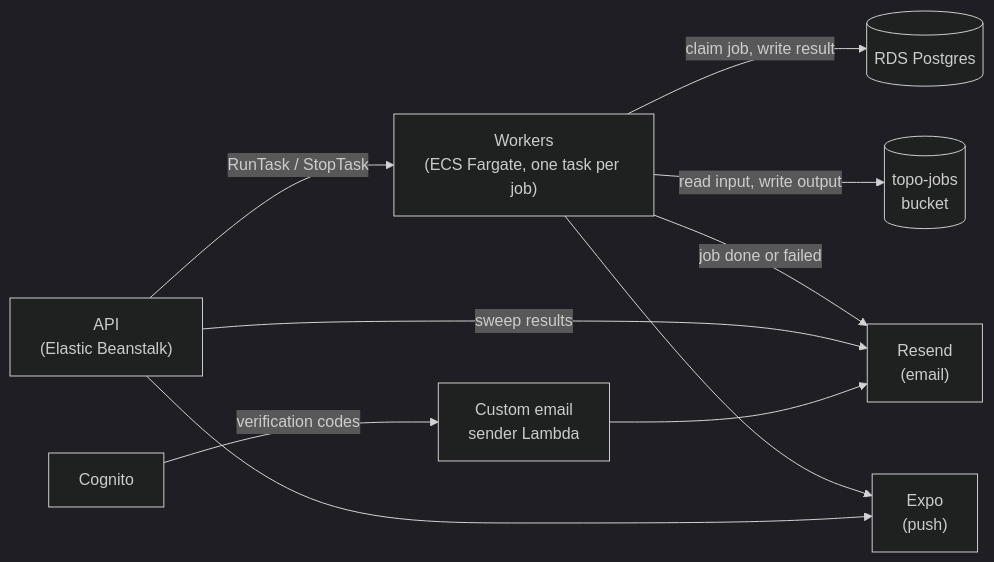
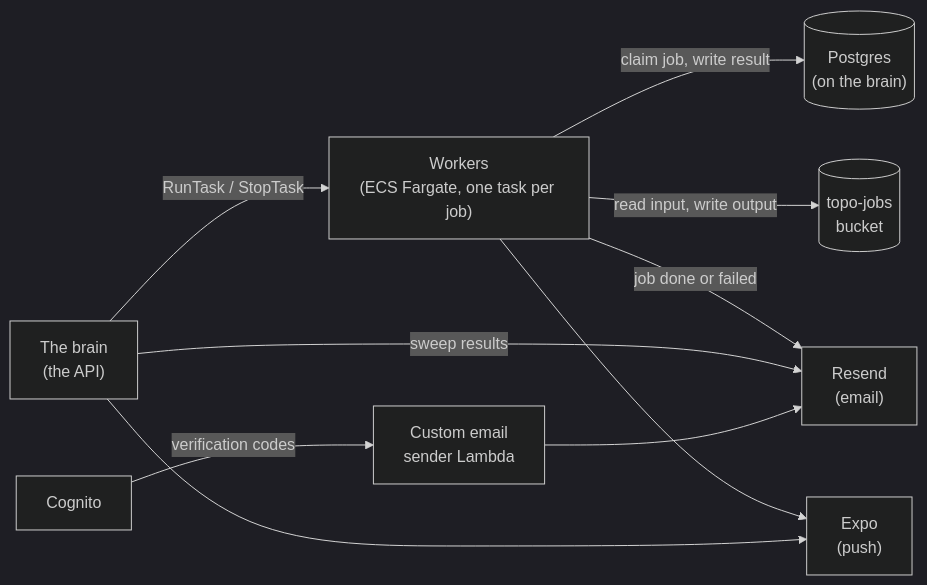
One commit to Zen-TM/logjam changed the second of 5 diagrams in docs/architecture.md. Above: the diagram before and after it, drawn with Mermaid (dark theme). The commit also changed other lines of this file and 3 other files, not shown here.

````diff
--- a/docs/architecture.md
+++ b/docs/architecture.md
@@ -58,20 +56,20 @@
 ```mermaid
 flowchart LR
-  eb["API<br/>(Elastic Beanstalk)"]
+  brain["The brain<br/>(the API)"]
   workers["Workers<br/>(ECS Fargate, one task per job)"]
-  rds[("RDS Postgres")]
+  pg[("Postgres<br/>(on the brain)")]
   data[("topo-jobs<br/>bucket")]
   cognito["Cognito"]
   lambda["Custom email<br/>sender Lambda"]
   resend["Resend<br/>(email)"]
   expo["Expo<br/>(push)"]
 
-  eb -- "RunTask / StopTask" --> workers
-  workers -- "claim job, write result" --> rds
+  brain -- "RunTask / StopTask" --> workers
+  workers -- "claim job, write result" --> pg
   workers -- "read input, write output" --> data
   workers -- "job done or failed" --> resend
   workers --> expo
-  eb -- "sweep results" --> resend
-  eb --> expo
+  brain -- "sweep results" --> resend
+  brain --> expo
   cognito -- "verification codes" --> lambda --> resend
 ```
````
